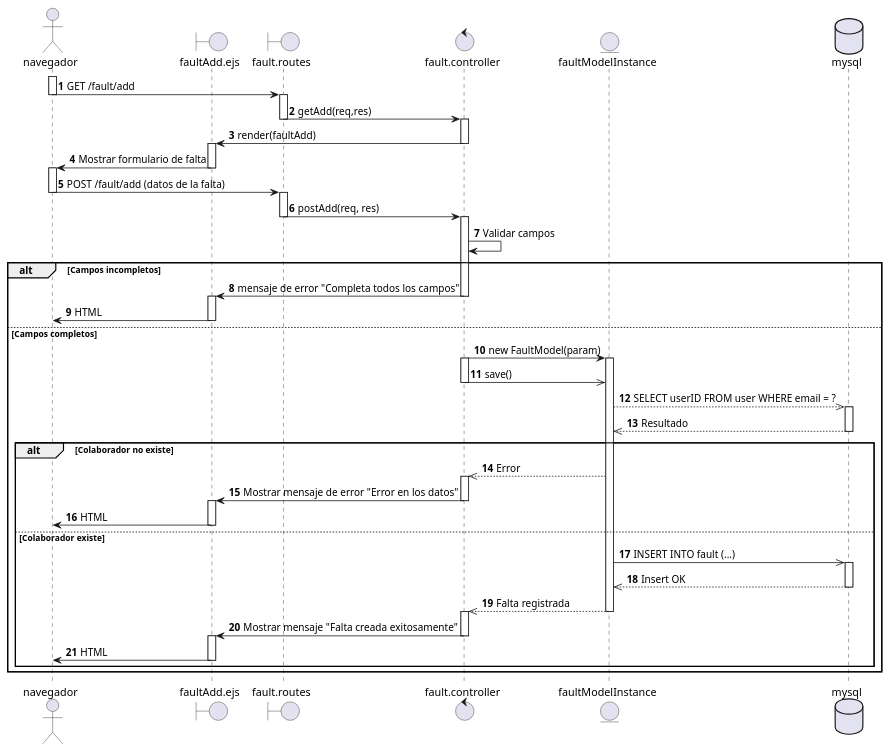
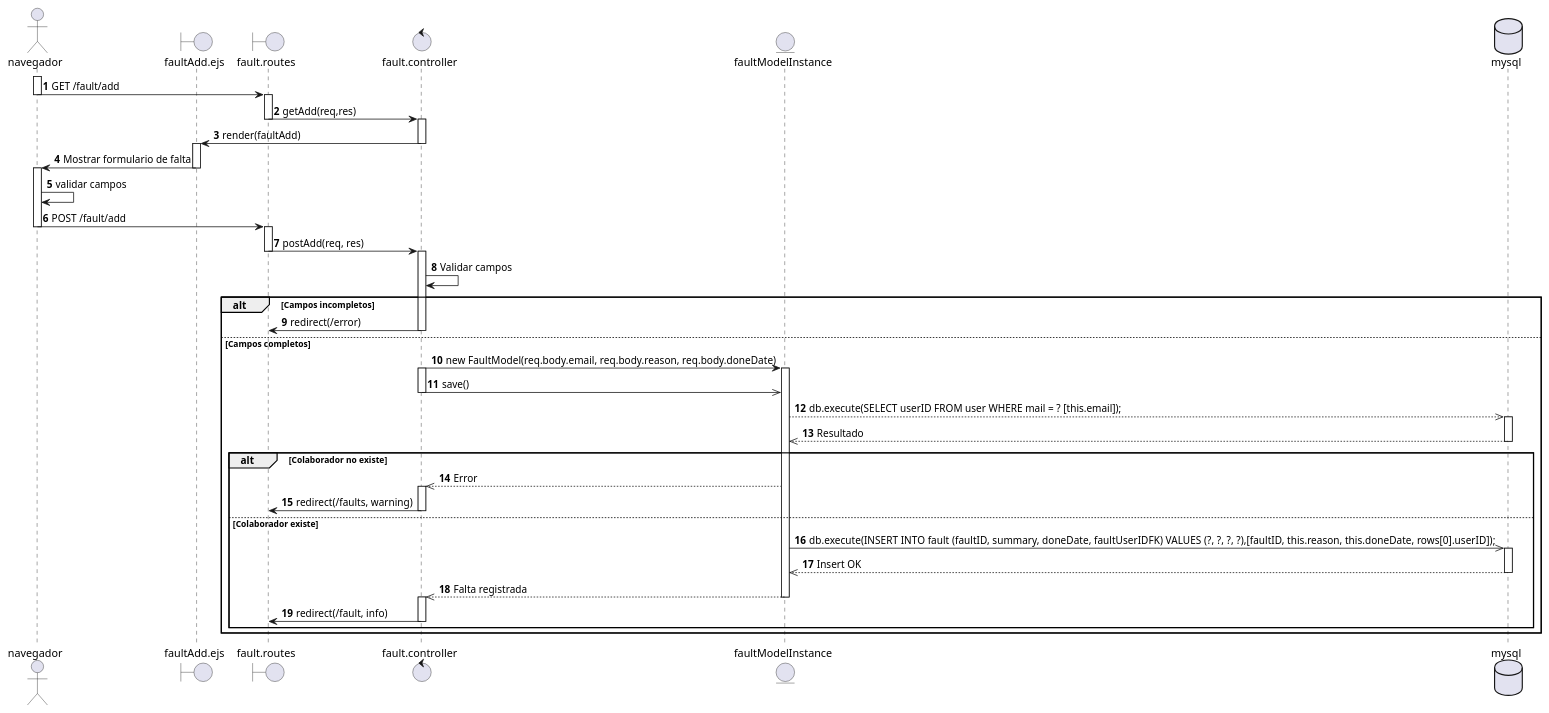
One commit to EdCanCe/WorkCells changed the diagram in diagrams/Casos de Uso/manu req fun/diagramas de secuencia/superadmin agrega falta.puml. Above: the diagram before and after it, drawn with PlantUML. The commit also changed 3 other files, not shown here.

Commit message:
diagrama y corrección de código de faultAdd

```diff
--- a/diagrams/Casos de Uso/manu req fun/diagramas de secuencia/superadmin agrega falta.puml
+++ b/diagrams/Casos de Uso/manu req fun/diagramas de secuencia/superadmin agrega falta.puml
@@ -1,99 +1,94 @@
 @startuml
 actor navegador
 boundary faultAdd.ejs
 boundary fault.routes
 control fault.controller
 entity faultModelInstance
 database mysql
 
 autonumber
 ' Inicio del flujo
 activate navegador
 navegador -> fault.routes : GET /fault/add
 deactivate navegador
 
 activate fault.routes
 
 fault.routes -> fault.controller : getAdd(req,res)
 deactivate fault.routes
 activate fault.controller
 fault.controller -> faultAdd.ejs: render(faultAdd)
 deactivate fault.controller
 activate faultAdd.ejs
 faultAdd.ejs -> navegador : Mostrar formulario de falta
 deactivate faultAdd.ejs
 activate navegador
 deactivate fault.routes
 
+navegador -> navegador: validar campos
+
 ' Envío de datos de la falta
-navegador -> fault.routes : POST /fault/add (datos de la falta)
+navegador -> fault.routes : POST /fault/add
 deactivate navegador
 activate fault.routes
 
 fault.routes -> fault.controller : postAdd(req, res)
 deactivate fault.routes
 activate fault.controller
 
 ' Validación de campos
 fault.controller -> fault.controller : Validar campos
 
 alt Campos incompletos
-    fault.controller -> faultAdd.ejs : mensaje de error "Completa todos los campos"
-    deactivate fault.controller    
-    activate faultAdd.ejs
-    faultAdd.ejs -> navegador : HTML
-    deactivate faultAdd.ejs
-    deactivate fault.routes
+    fault.controller -> fault.routes : redirect(/error)
+     deactivate fault.controller
+
+    
+
 
 else Campos completos
     ' Crear instancia del modelo
 
-    fault.controller -> faultModelInstance : new FaultModel(param)
+    fault.controller -> faultModelInstance : new FaultModel(req.body.email, req.body.reason, req.body.doneDate)
     activate fault.controller
     ' Verificar si el colaborador existe
     activate faultModelInstance
     fault.controller ->> faultModelInstance : save()
     deactivate fault.controller
     
     
 
-    faultModelInstance -->> mysql : SELECT userID FROM user WHERE email = ?
+    faultModelInstance -->> mysql : db.execute(SELECT userID FROM user WHERE mail = ? [this.email]);
     activate mysql
     mysql -->> faultModelInstance : Resultado
     
     deactivate mysql
 
     alt Colaborador no existe
         
         faultModelInstance -->> fault.controller : Error
         activate fault.controller
-        fault.controller -> faultAdd.ejs : Mostrar mensaje de error "Error en los datos"
+        fault.controller -> fault.routes : redirect(/faults, warning)
         deactivate fault.controller
-        activate faultAdd.ejs
-        faultAdd.ejs -> navegador : HTML
-        deactivate faultAdd.ejs
         deactivate fault.controller
         deactivate fault.routes
 
     else Colaborador existe
 
-        faultModelInstance ->> mysql : INSERT INTO fault (...)
+        faultModelInstance ->> mysql : db.execute(INSERT INTO fault (faultID, summary, doneDate, faultUserIDFK)  VALUES (?, ?, ?, ?),[faultID, this.reason, this.doneDate, rows[0].userID]);
         activate mysql
         mysql -->> faultModelInstance : Insert OK
         deactivate mysql
         faultModelInstance -->> fault.controller : Falta registrada
          deactivate faultModelInstance
         activate fault.controller
       
 
         ' Notificación de éxito
-        fault.controller -> faultAdd.ejs : Mostrar mensaje "Falta creada exitosamente"
+        fault.controller -> fault.routes : redirect(/fault, info)
         deactivate fault.controller
-        activate faultAdd.ejs
-        faultAdd.ejs -> navegador : HTML
-        deactivate faultAdd.ejs
         deactivate fault.controller
         deactivate fault.routes
     end
 end
 @enduml
```
